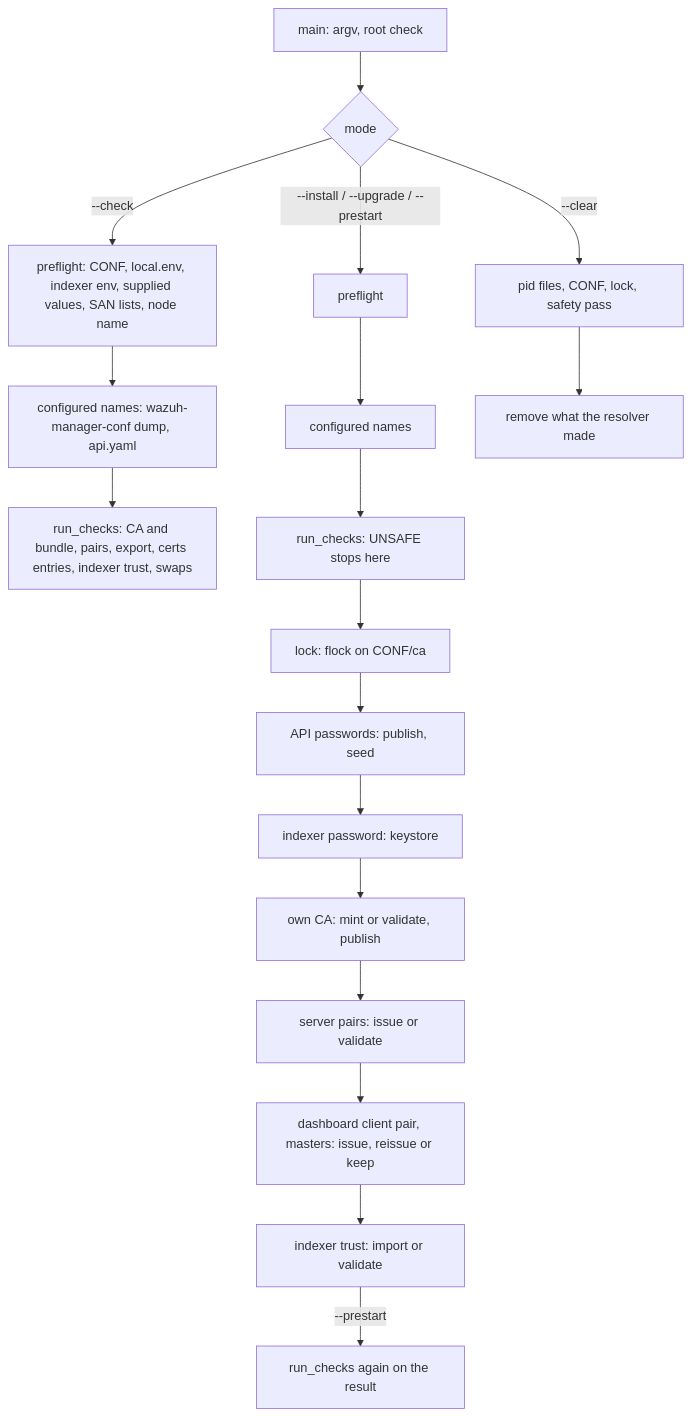
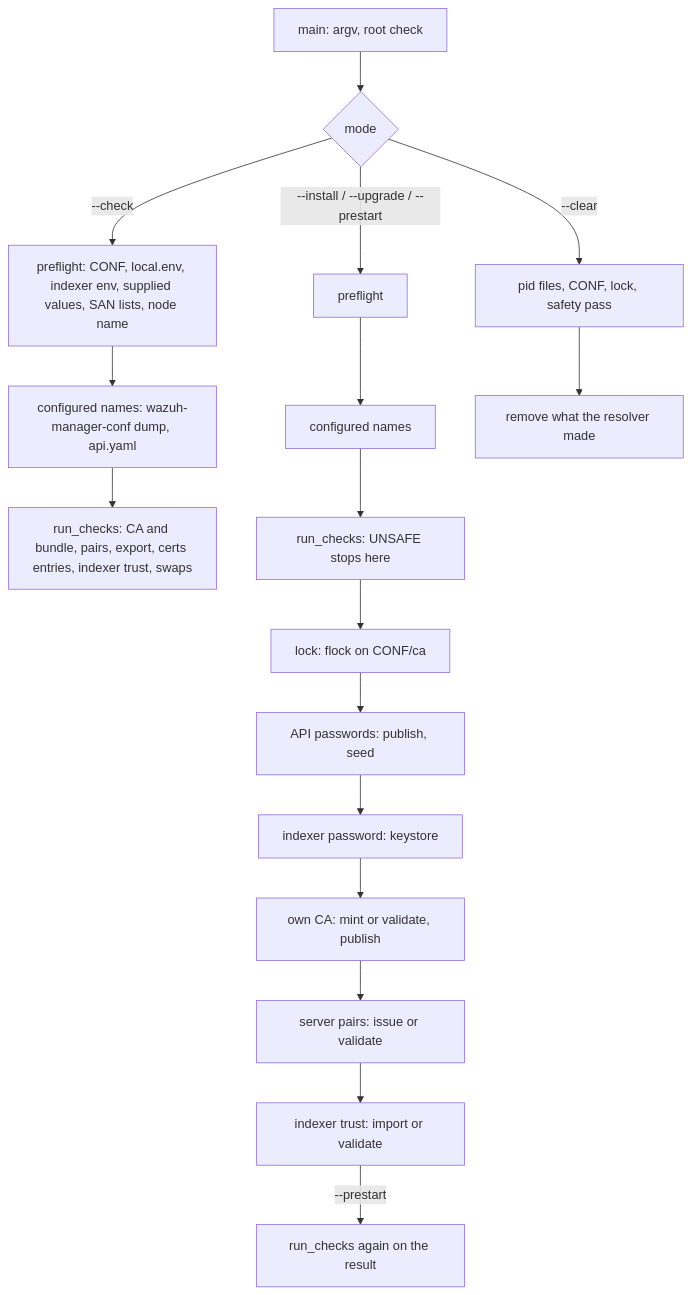
Before and after one commit to wazuh/wazuh: the diagram in src/init/credentials/README.md, drawn with Mermaid. The commit also changed other lines of this file and 10 other files, not shown here.

Commit message:
docs: describe the manager credentials without the indexer and dashboard client pairs

````diff
--- a/src/init/credentials/README.md
+++ b/src/init/credentials/README.md
@@ -75,20 +73,19 @@
 ```mermaid
 flowchart TD
     A[main: argv, root check] --> B{mode}
     B -->|--check| C[preflight: CONF, local.env, indexer env, supplied values, SAN lists, node name]
     C --> T[configured names: wazuh-manager-conf dump, api.yaml]
     T --> D[run_checks: CA and bundle, pairs, export, certs entries, indexer trust, swaps]
     B -->|--install / --upgrade / --prestart| E[preflight]
     E --> U[configured names]
     U --> F[run_checks: UNSAFE stops here]
     F --> G[lock: flock on CONF/ca]
     G --> H[API passwords: publish, seed]
     H --> I[indexer password: keystore]
     I --> J[own CA: mint or validate, publish]
     J --> K[server pairs: issue or validate]
-    K --> P[dashboard client pair, masters: issue, reissue or keep]
-    P --> L[indexer trust: import or validate]
+    K --> L[indexer trust: import or validate]
     L -->|--prestart| R[run_checks again on the result]
     B -->|--clear| M[pid files, CONF, lock, safety pass]
     M --> N[remove what the resolver made]
 ```
````
